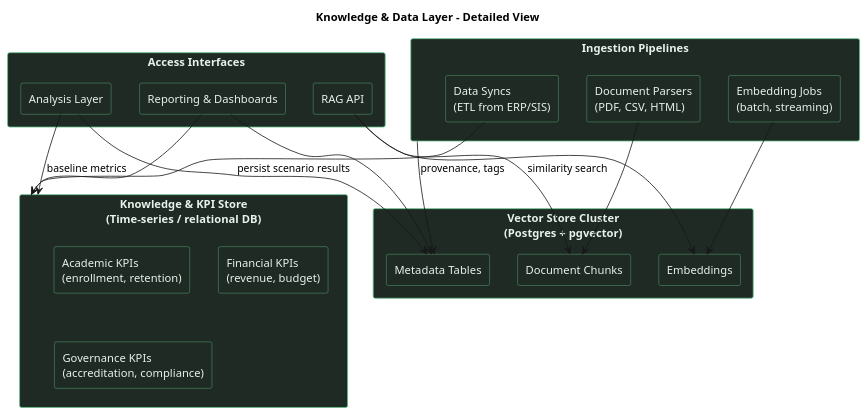
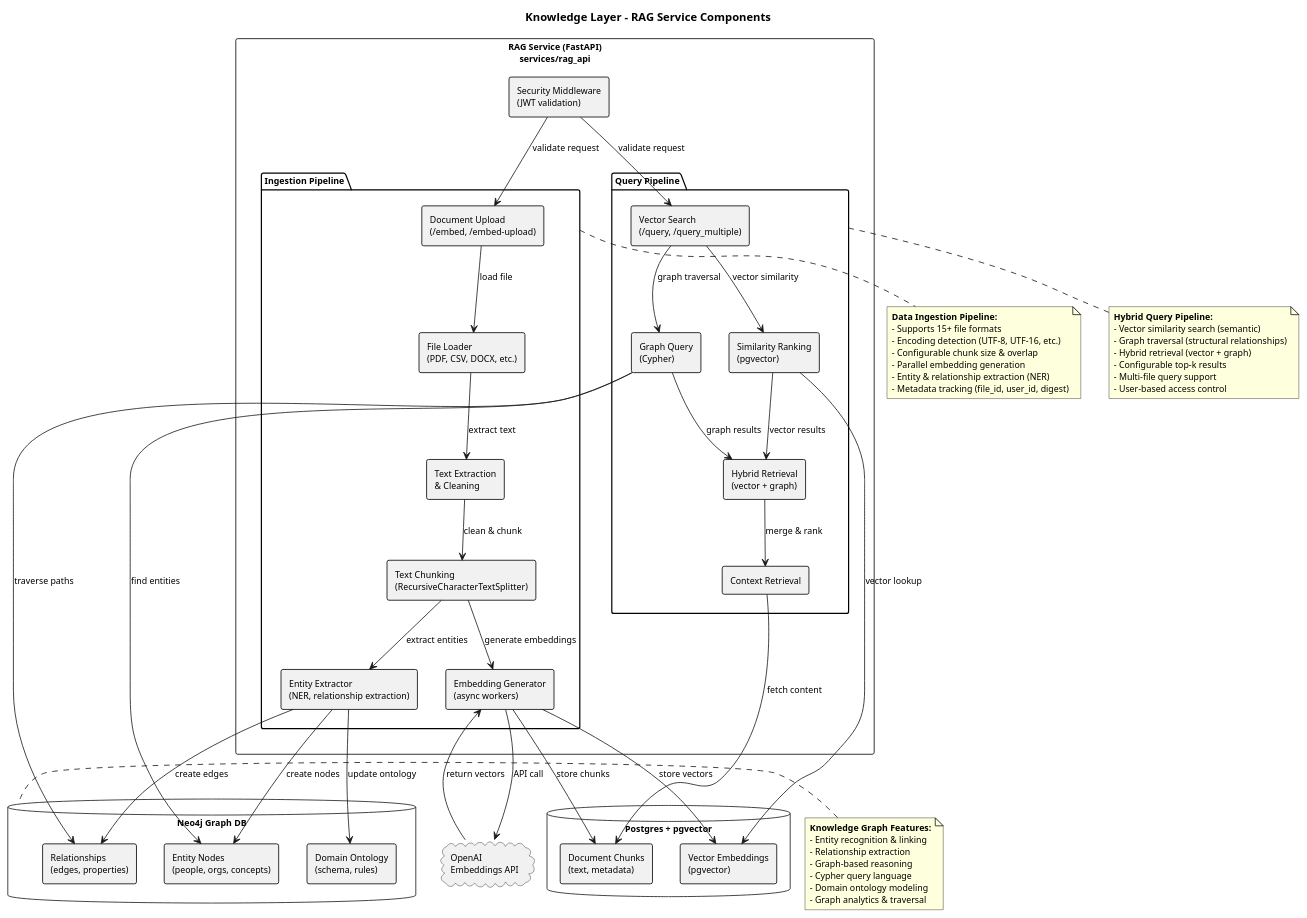
Before and after one commit to HenryNVP/strategic_planning_AI: the diagram in architecture/knowledge_layer_details.puml, drawn with PlantUML. The commit also changed 19 other files, not shown here.

Commit message:
simplified architecture

```diff
--- a/architecture/knowledge_layer_details.puml
+++ b/architecture/knowledge_layer_details.puml
@@ -1,48 +1,103 @@
 @startuml knowledge_layer_details
-title Knowledge & Data Layer – Detailed View
+title Knowledge Layer – RAG Service Components
 
 skinparam shadowing false
-skinparam defaultFontName "Segoe UI"
+skinparam defaultFontName Arial
+skinparam defaultFontSize 11
 skinparam rectangle {
-  BackgroundColor #1E2A23
-  FontColor #E6F2EA
-  BorderColor #65C18C
+  BorderColor #000000
+  BorderThickness 1
 }
 
-rectangle "Vector Store Cluster\n(Postgres + pgvector)" as VECTOR {
-  rectangle "Document Chunks" as CHUNKS
-  rectangle "Embeddings" as EMBEDDINGS
-  rectangle "Metadata Tables" as METADATA
+rectangle "RAG Service (FastAPI)\nservices/rag_api" as RAG_SERVICE {
+  rectangle "Security Middleware\n(JWT validation)" as SECURITY
+  
+  package "Ingestion Pipeline" as INGESTION {
+    rectangle "Document Upload\n(/embed, /embed-upload)" as UPLOAD
+    rectangle "File Loader\n(PDF, CSV, DOCX, etc.)" as LOADER
+    rectangle "Text Extraction\n& Cleaning" as EXTRACTOR
+    rectangle "Text Chunking\n(RecursiveCharacterTextSplitter)" as CHUNKER
+    rectangle "Embedding Generator\n(async workers)" as EMBEDDER
+    rectangle "Entity Extractor\n(NER, relationship extraction)" as NER
+  }
+  
+  package "Query Pipeline" as QUERY_PIPE {
+    rectangle "Vector Search\n(/query, /query_multiple)" as SEARCH
+    rectangle "Similarity Ranking\n(pgvector)" as RANKING
+    rectangle "Graph Query\n(Cypher)" as GRAPH_QUERY
+    rectangle "Hybrid Retrieval\n(vector + graph)" as HYBRID
+    rectangle "Context Retrieval" as RETRIEVAL
+  }
 }
 
-rectangle "Knowledge & KPI Store\n(Time-series / relational DB)" as KPI {
-  rectangle "Academic KPIs\n(enrollment, retention)" as KPI_ACAD
-  rectangle "Financial KPIs\n(revenue, budget)" as KPI_FIN
-  rectangle "Governance KPIs\n(accreditation, compliance)" as KPI_GOV
+database "Postgres + pgvector" as DB {
+  rectangle "Document Chunks\n(text, metadata)" as CHUNKS
+  rectangle "Vector Embeddings\n(pgvector)" as EMBEDDINGS
 }
 
-rectangle "Ingestion Pipelines" as INGEST {
-  rectangle "Document Parsers\n(PDF, CSV, HTML)" as PARSERS
-  rectangle "Embedding Jobs\n(batch, streaming)" as EMB_JOBS
-  rectangle "Data Syncs\n(ETL from ERP/SIS)" as DATA_SYNC
+database "Neo4j Graph DB" as NEO4J {
+  rectangle "Entity Nodes\n(people, orgs, concepts)" as ENTITIES
+  rectangle "Relationships\n(edges, properties)" as RELATIONS
+  rectangle "Domain Ontology\n(schema, rules)" as SCHEMA
 }
 
-rectangle "Access Interfaces" as ACCESS {
-  rectangle "RAG API" as RAG
-  rectangle "Analysis Layer" as ANALYSIS
-  rectangle "Reporting & Dashboards" as REPORTING
-}
+cloud "OpenAI\nEmbeddings API" as EMB_SERVICE
 
-PARSERS --> CHUNKS
-EMB_JOBS --> EMBEDDINGS
-DATA_SYNC --> KPI
-INGEST --> METADATA : provenance, tags
+' Ingestion flow
+SECURITY --> UPLOAD : validate request
+UPLOAD --> LOADER : load file
+LOADER --> EXTRACTOR : extract text
+EXTRACTOR --> CHUNKER : clean & chunk
+CHUNKER --> EMBEDDER : generate embeddings
+CHUNKER --> NER : extract entities
+EMBEDDER --> EMB_SERVICE : API call
+EMB_SERVICE --> EMBEDDER : return vectors
+EMBEDDER --> CHUNKS : store chunks
+EMBEDDER --> EMBEDDINGS : store vectors
+NER --> ENTITIES : create nodes
+NER --> RELATIONS : create edges
+NER --> SCHEMA : update ontology
 
-RAG --> CHUNKS : similarity search
-RAG --> EMBEDDINGS
-ANALYSIS --> KPI : baseline metrics
-ANALYSIS --> METADATA : persist scenario results
-REPORTING --> KPI
-REPORTING --> METADATA
+' Query flow
+SECURITY --> SEARCH : validate request
+SEARCH --> RANKING : vector similarity
+SEARCH --> GRAPH_QUERY : graph traversal
+RANKING --> EMBEDDINGS : vector lookup
+GRAPH_QUERY --> ENTITIES : find entities
+GRAPH_QUERY --> RELATIONS : traverse paths
+RANKING --> HYBRID : vector results
+GRAPH_QUERY --> HYBRID : graph results
+HYBRID --> RETRIEVAL : merge & rank
+RETRIEVAL --> CHUNKS : fetch content
+
+note bottom of INGESTION
+**Data Ingestion Pipeline:**
+- Supports 15+ file formats
+- Encoding detection (UTF-8, UTF-16, etc.)
+- Configurable chunk size & overlap
+- Parallel embedding generation
+- Entity & relationship extraction (NER)
+- Metadata tracking (file_id, user_id, digest)
+end note
+
+note bottom of QUERY_PIPE
+**Hybrid Query Pipeline:**
+- Vector similarity search (semantic)
+- Graph traversal (structural relationships)
+- Hybrid retrieval (vector + graph)
+- Configurable top-k results
+- Multi-file query support
+- User-based access control
+end note
+
+note right of NEO4J
+**Knowledge Graph Features:**
+- Entity recognition & linking
+- Relationship extraction
+- Graph-based reasoning
+- Cypher query language
+- Domain ontology modeling
+- Graph analytics & traversal
+end note
 
 @enduml
```
